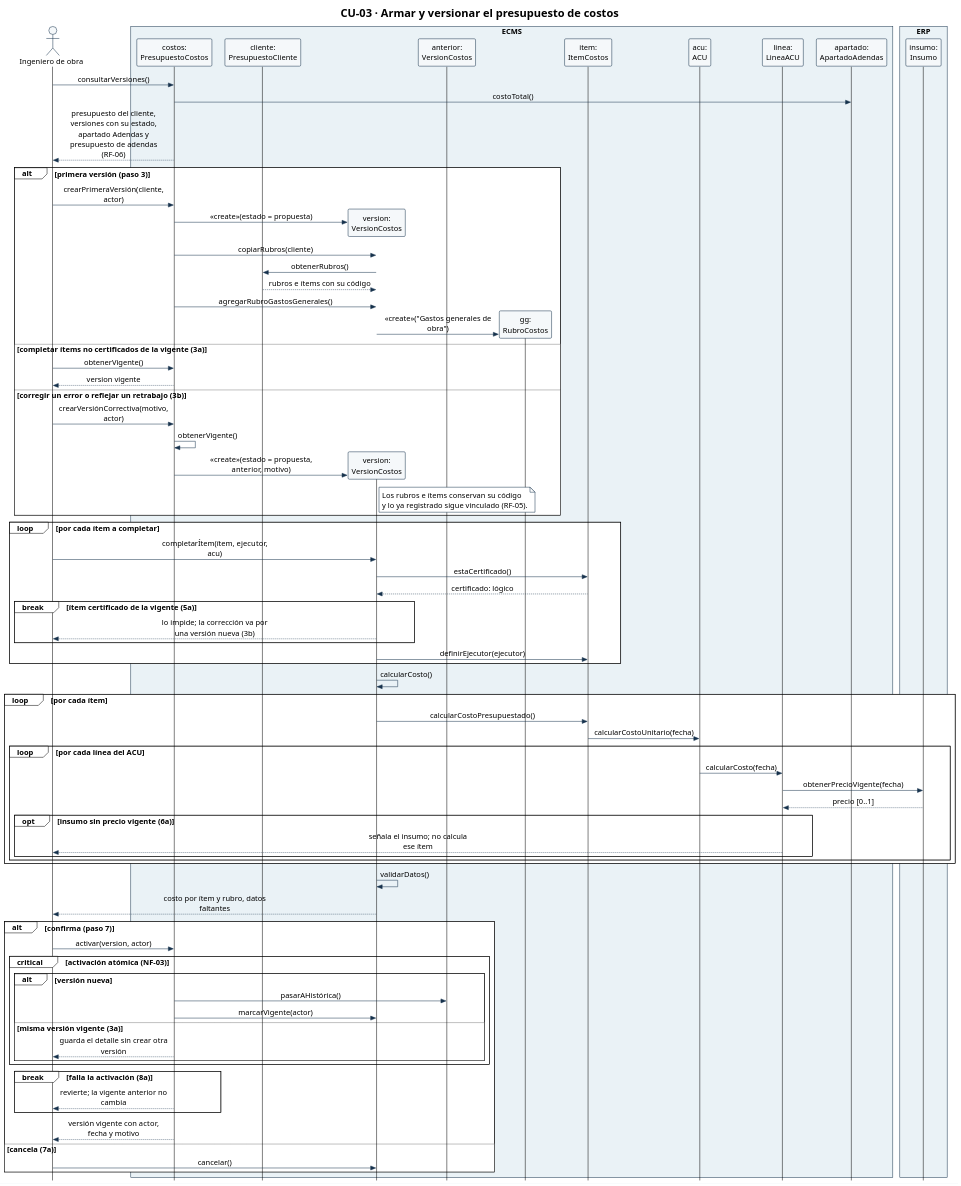
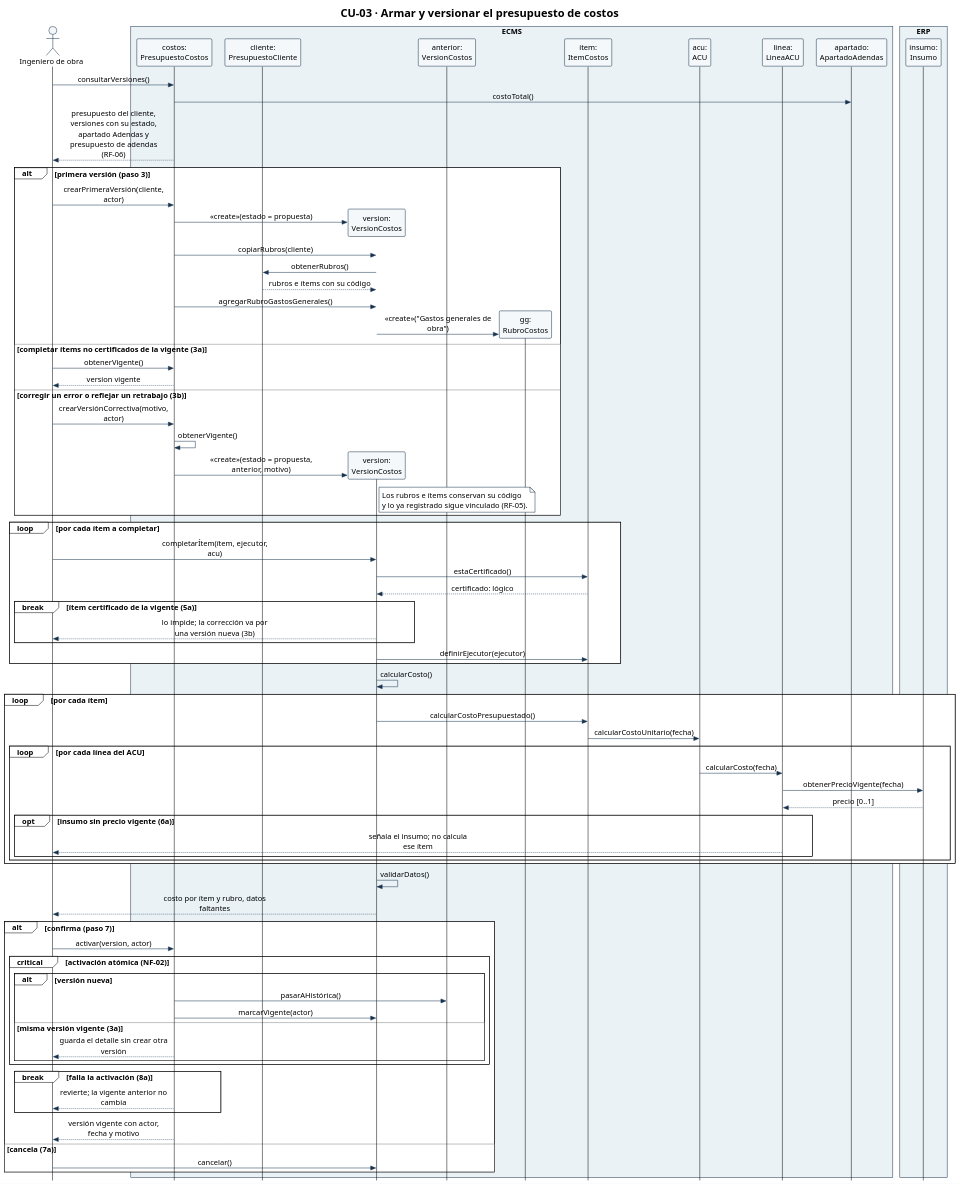
The diagram in diagramas/CU-03-secuencia.puml (Ssrrb/tpf-uca), drawn with PlantUML before and after one commit. The commit also changed 43 other files, not shown here.

```diff
--- a/diagramas/CU-03-secuencia.puml
+++ b/diagramas/CU-03-secuencia.puml
@@ -1,110 +1,110 @@
 @startuml
 !theme plain
 skinparam style strictuml
 skinparam shadowing false
 skinparam defaultFontName Arial
 skinparam defaultFontSize 15
 skinparam sequenceMessageAlign center
 skinparam maxMessageSize 220
 skinparam ParticipantPadding 8
 skinparam BoxPadding 6
 skinparam ParticipantBackgroundColor #F5F8FA
 skinparam ParticipantBorderColor #17324D
 skinparam ActorBorderColor #17324D
 skinparam ActorBackgroundColor #F5F8FA
 skinparam ArrowColor #17324D
 skinparam SequenceBoxBorderColor #17324D
 skinparam note {
   BackgroundColor #FFFFFF
   BorderColor #17324D
 }
 hide footbox
 title CU-03 · Armar y versionar el presupuesto de costos
 actor "Ingeniero de obra" as Ing
 box "ECMS" #EAF2F6
 participant "costos:\nPresupuestoCostos" as PC
 participant "cliente:\nPresupuestoCliente" as Cli
 participant "version:\nVersionCostos" as V
 participant "anterior:\nVersionCostos" as Ant
 participant "gg:\nRubroCostos" as GG
 participant "item:\nItemCostos" as Item
 participant "acu:\nACU" as Acu
 participant "linea:\nLineaACU" as Lin
 participant "apartado:\nApartadoAdendas" as Apa
 end box
 box "ERP" #EAF2F6
 participant "insumo:\nInsumo" as Ins
 end box
 
 Ing -> PC: consultarVersiones()
 PC -> Apa: costoTotal()
 PC --> Ing: presupuesto del cliente, versiones con su estado,\napartado Adendas y presupuesto de adendas (RF-06)
 
 alt primera versión (paso 3)
   Ing -> PC: crearPrimeraVersión(cliente, actor)
   create V
   PC -> V: «create»(estado = propuesta)
   PC -> V: copiarRubros(cliente)
   V -> Cli: obtenerRubros()
   Cli --> V: rubros e ítems con su código
   PC -> V: agregarRubroGastosGenerales()
   create GG
   V -> GG: «create»("Gastos generales de obra")
 else completar ítems no certificados de la vigente (3a)
   Ing -> PC: obtenerVigente()
   PC --> Ing: version vigente
 else corregir un error o reflejar un retrabajo (3b)
   Ing -> PC: crearVersiónCorrectiva(motivo, actor)
   PC -> PC: obtenerVigente()
   create V
   PC -> V: «create»(estado = propuesta, anterior, motivo)
   note right of V
     Los rubros e ítems conservan su código
     y lo ya registrado sigue vinculado (RF-05).
   end note
 end
 
 loop por cada ítem a completar
   Ing -> V: completarÍtem(ítem, ejecutor, acu)
   V -> Item: estaCertificado()
   Item --> V: certificado: lógico
   break ítem certificado de la vigente (5a)
     V --> Ing: lo impide; la corrección va por una versión nueva (3b)
   end
   V -> Item: definirEjecutor(ejecutor)
 end
 
 V -> V: calcularCosto()
 loop por cada ítem
   V -> Item: calcularCostoPresupuestado()
   Item -> Acu: calcularCostoUnitario(fecha)
   loop por cada línea del ACU
     Acu -> Lin: calcularCosto(fecha)
     Lin -> Ins: obtenerPrecioVigente(fecha)
     Ins --> Lin: precio [0..1]
     opt insumo sin precio vigente (6a)
       Lin --> Ing: señala el insumo; no calcula ese ítem
     end
   end
 end
 V -> V: validarDatos()
 V --> Ing: costo por ítem y rubro, datos faltantes
 
 alt confirma (paso 7)
   Ing -> PC: activar(version, actor)
-  critical activación atómica (NF-03)
+  critical activación atómica (NF-02)
     alt versión nueva
       PC -> Ant: pasarAHistórica()
       PC -> V: marcarVigente(actor)
     else misma versión vigente (3a)
       PC --> Ing: guarda el detalle sin crear otra versión
     end
   end
   break falla la activación (8a)
     PC --> Ing: revierte; la vigente anterior no cambia
   end
   PC --> Ing: versión vigente con actor, fecha y motivo
 else cancela (7a)
   Ing -> V: cancelar()
 end
 @enduml
```
